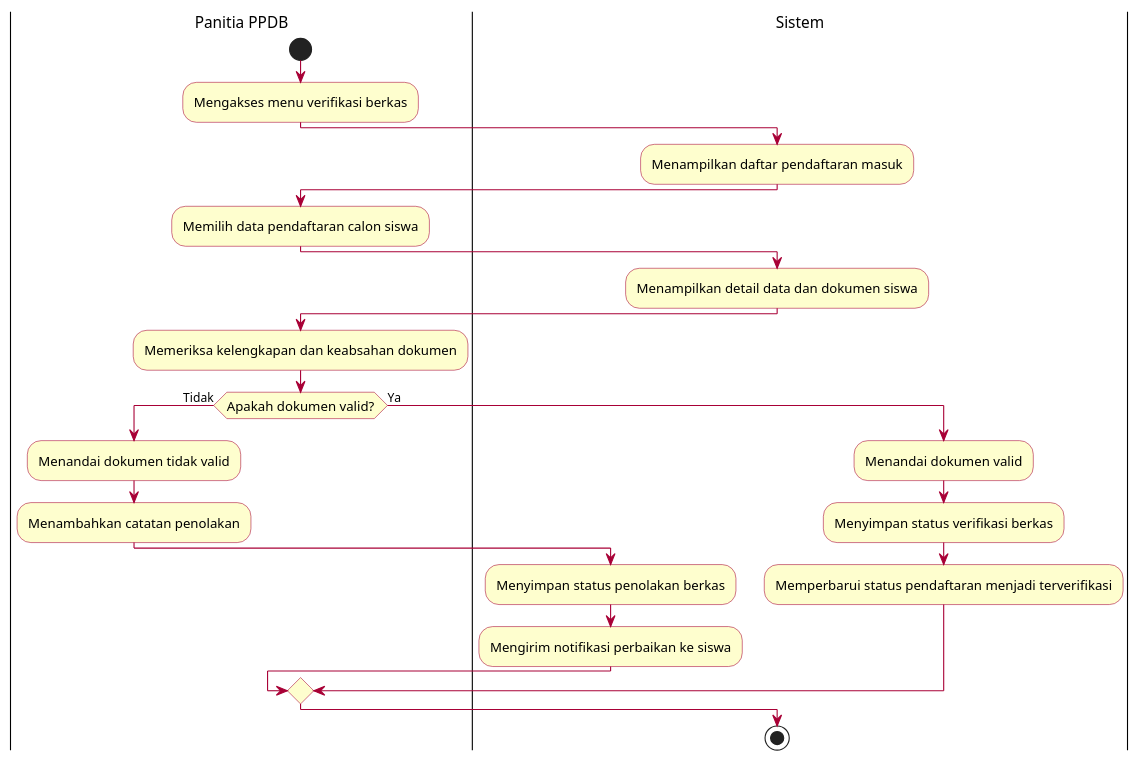
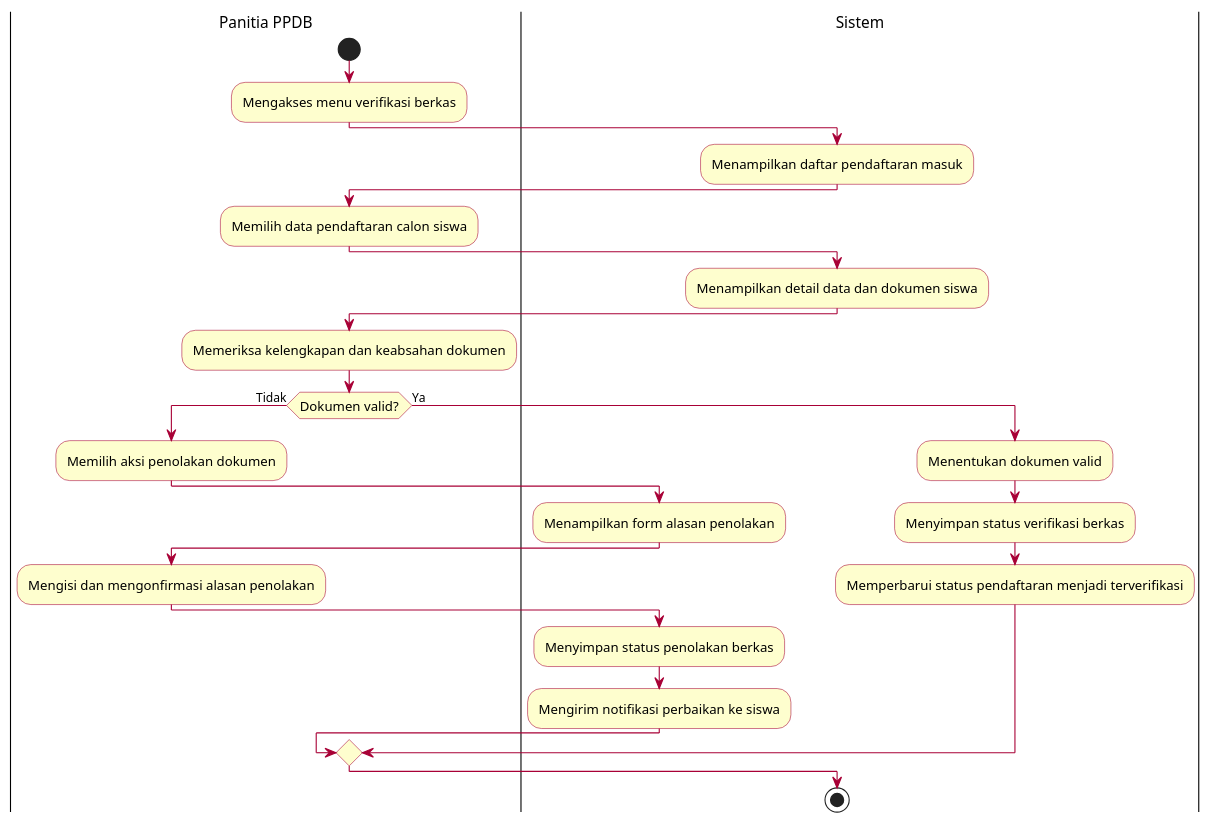
One commit to unfaejanXT/KP-SIPPDB-SMK changed the diagram in docs/activity_diagram/revisi/verifikasi_berkas.puml. Above: the diagram before and after it, drawn with PlantUML.

Commit message:
menambahkan diagram aktivitas untuk proses verifikasi dokumen.

```diff
--- a/docs/activity_diagram/revisi/verifikasi_berkas.puml
+++ b/docs/activity_diagram/revisi/verifikasi_berkas.puml
@@ -1,42 +1,47 @@
 @startuml
 skinparam SwimlaneTitleFontSize 14
 skinparam SwimlaneBorderThickness 1
 skinparam ActivityBackgroundColor #FEFECE
 skinparam ActivityBorderColor #A80036
 skinparam ActivityFontSize 12
 skinparam ArrowColor #A80036
 skinparam Shadowing false
 
 |Panitia PPDB|
 start
 :Mengakses menu verifikasi berkas;
 
 |Sistem|
 :Menampilkan daftar pendaftaran masuk;
 
 |Panitia PPDB|
 :Memilih data pendaftaran calon siswa;
 
 |Sistem|
 :Menampilkan detail data dan dokumen siswa;
 
 |Panitia PPDB|
 :Memeriksa kelengkapan dan keabsahan dokumen;
 
-if (Apakah dokumen valid?) then (Tidak)
-    :Menandai dokumen tidak valid;
-    :Menambahkan catatan penolakan;
-    
+if (Dokumen valid?) then (Tidak)
+    :Memilih aksi penolakan dokumen;
+
+    |Sistem|
+    :Menampilkan form alasan penolakan;
+
+    |Panitia PPDB|
+    :Mengisi dan mengonfirmasi alasan penolakan;
+
     |Sistem|
     :Menyimpan status penolakan berkas;
     :Mengirim notifikasi perbaikan ke siswa;
 else (Ya)
-    :Menandai dokumen valid;
-    
+    :Menentukan dokumen valid;
+
     |Sistem|
     :Menyimpan status verifikasi berkas;
     :Memperbarui status pendaftaran menjadi terverifikasi;
 endif
 
 stop
 @enduml
```
